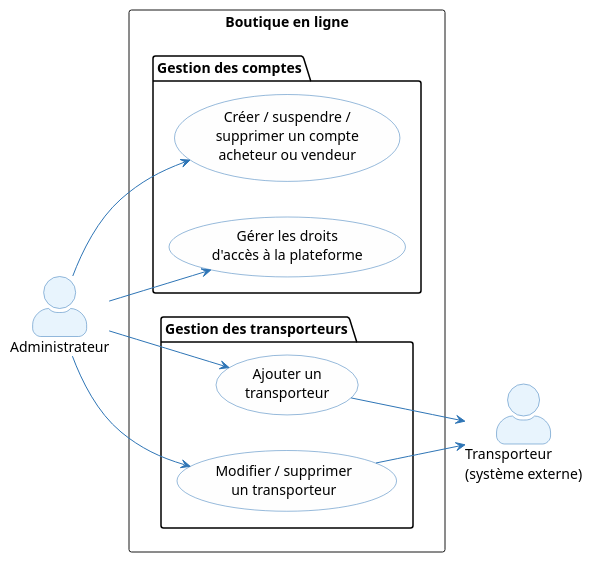
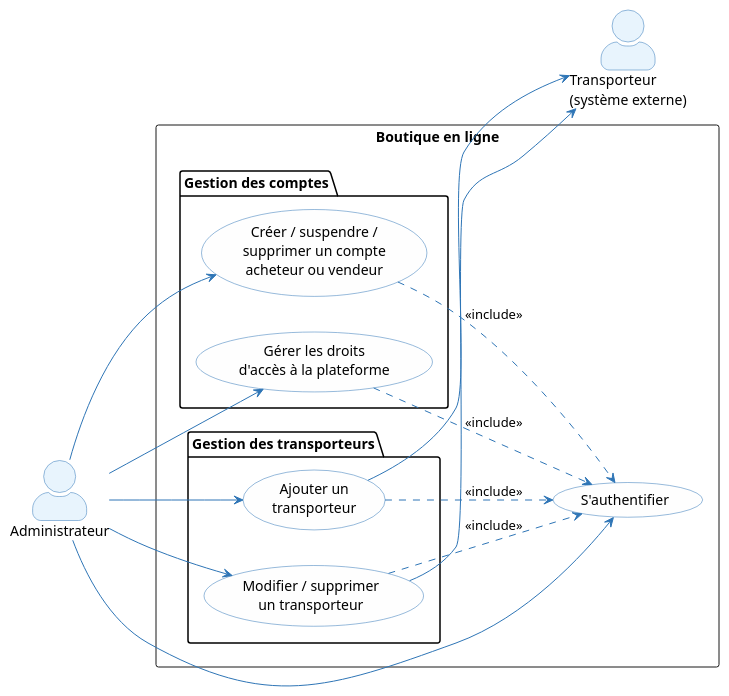
The first of 5 diagrams in architecture/01-operational-analysis/oa.adoc (louistalvande/online_shop), drawn with PlantUML before and after one commit. The commit also changed other lines of this file and 4 other files, not shown here.

```diff
--- a/architecture/01-operational-analysis/oa.adoc
+++ b/architecture/01-operational-analysis/oa.adoc
@@ -78,36 +78,42 @@
 [plantuml, oa-uc-admin, svg]
 ----
 skinparam actorStyle awesome
 skinparam usecase {
   BackgroundColor #FEFEFE
   BorderColor #2E75B6
   ArrowColor #2E75B6
 }
 skinparam actor {
   BackgroundColor #E8F4FD
   BorderColor #2E75B6
 }
 
 left to right direction
 
 actor "Administrateur" as Admin
 actor "Transporteur\n(système externe)" as Carrier
 
 rectangle "Boutique en ligne" {
+  usecase (S'authentifier) as UC_A0
   package "Gestion des comptes" {
     usecase (Créer / suspendre /\nsupprimer un compte\nacheteur ou vendeur) as UC_A1
     usecase (Gérer les droits\nd'accès à la plateforme) as UC_A1b
   }
   package "Gestion des transporteurs" {
     usecase (Ajouter un\ntransporteur) as UC_A2a
     usecase (Modifier / supprimer\nun transporteur) as UC_A2b
   }
 }
 
+Admin --> UC_A0
 Admin --> UC_A1
 Admin --> UC_A1b
 Admin --> UC_A2a
 Admin --> UC_A2b
+UC_A1 ..> UC_A0 : <<include>>
+UC_A1b ..> UC_A0 : <<include>>
+UC_A2a ..> UC_A0 : <<include>>
+UC_A2b ..> UC_A0 : <<include>>
 UC_A2a --> Carrier
 UC_A2b --> Carrier
 ----
```
